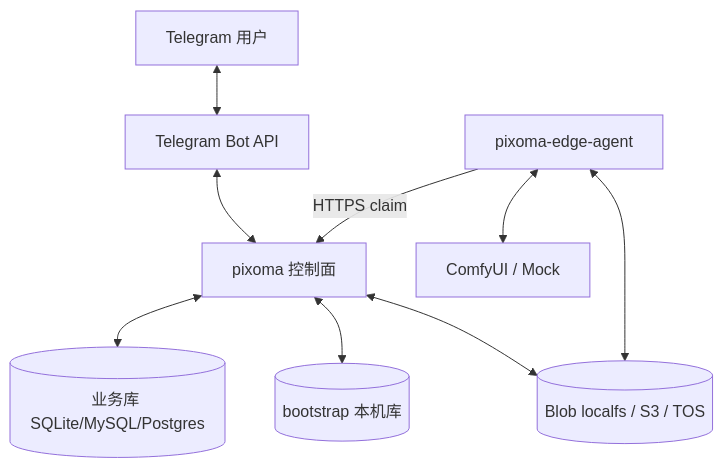
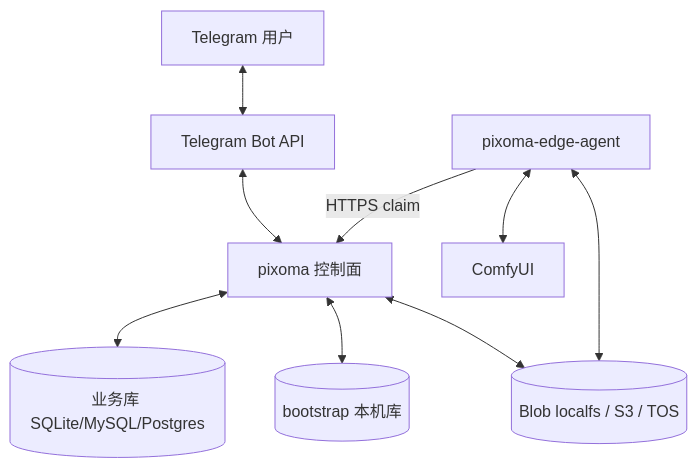
Before and after one commit to Mr9esx/Pixoma: the diagram in docs/architecture/overview.md, drawn with Mermaid. The commit also changed other lines of this file and 84 other files, not shown here.

````diff
--- a/docs/architecture/overview.md
+++ b/docs/architecture/overview.md
@@ -12,20 +12,20 @@
 ```mermaid
 flowchart TB
   U[Telegram 用户]
   TG[Telegram Bot API]
   CP[pixoma 控制面]
   EDGE[pixoma-edge-agent]
   DB[(业务库 SQLite/MySQL/Postgres)]
   BOOT[(bootstrap 本机库)]
   BLOB[(Blob localfs / S3 / TOS)]
-  C1[ComfyUI / Mock]
+  C1[ComfyUI]
 
   U <--> TG
   TG <--> CP
   CP <--> DB
   CP <--> BOOT
   CP <--> BLOB
   EDGE -->|HTTPS claim| CP
   EDGE <--> BLOB
   EDGE <--> C1
 ```
````
